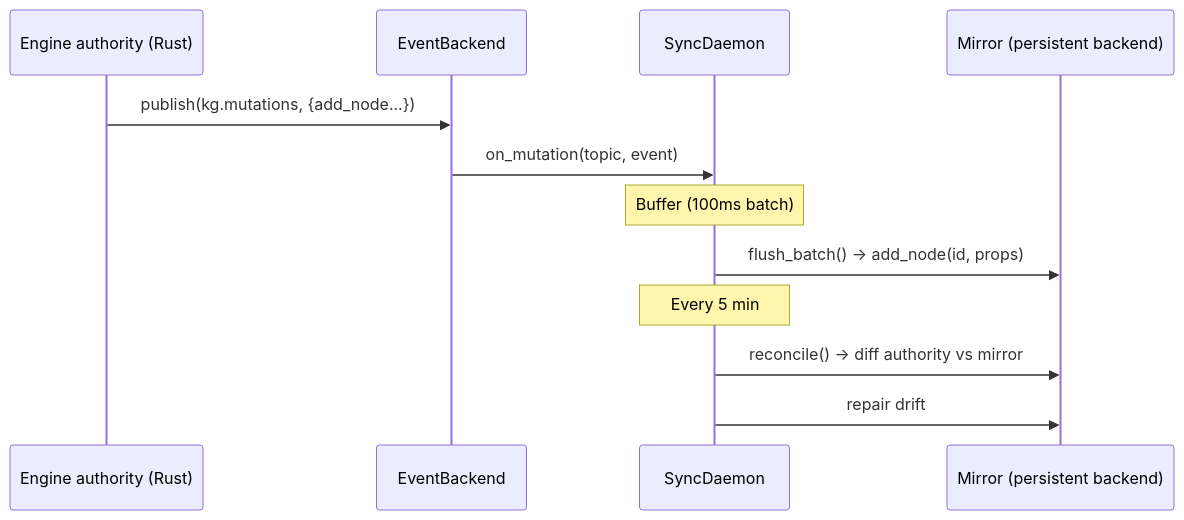
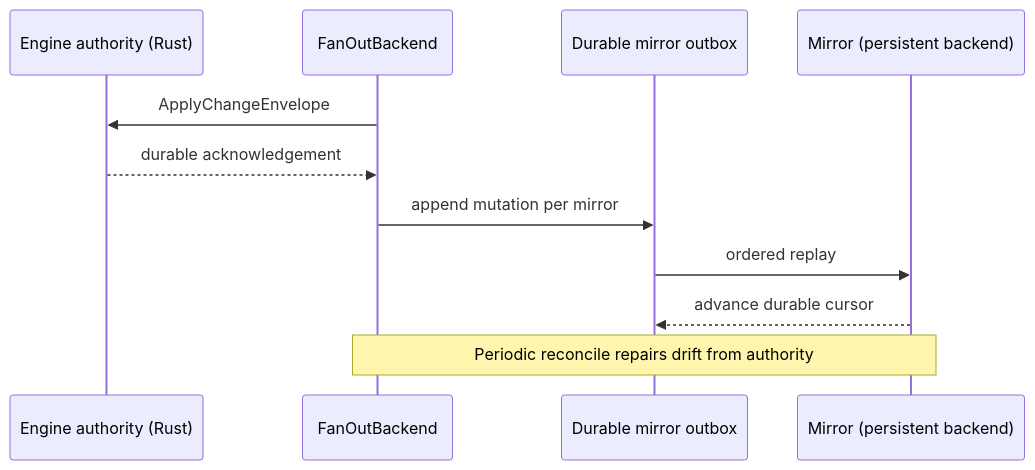
Before and after one commit to Knuckles-Team/agent-utilities: the second of 2 diagrams in docs/architecture/event_backbone_architecture.md, drawn with Mermaid. The commit also changed other lines of this file and 3818 other files, not shown here.

````diff
--- a/docs/architecture/event_backbone_architecture.md
+++ b/docs/architecture/event_backbone_architecture.md
@@ -119,15 +116,14 @@
 ```mermaid
 sequenceDiagram
     participant ENG as Engine authority (Rust)
-    participant EB as EventBackend
-    participant SD as SyncDaemon
+    participant FO as FanOutBackend
+    participant OB as Durable mirror outbox
     participant MIR as Mirror (persistent backend)
 
-    ENG->>EB: publish(kg.mutations, {add_node...})
-    EB->>SD: on_mutation(topic, event)
-    Note over SD: Buffer (100ms batch)
-    SD->>MIR: flush_batch() → add_node(id, props)
-    Note over SD: Every 5 min
-    SD->>MIR: reconcile() → diff authority vs mirror
-    SD->>MIR: repair drift
+    FO->>ENG: ApplyChangeEnvelope
+    ENG-->>FO: durable acknowledgement
+    FO->>OB: append mutation per mirror
+    OB->>MIR: ordered replay
+    MIR-->>OB: advance durable cursor
+    Note over FO,MIR: Periodic reconcile repairs drift from authority
 ```
````
